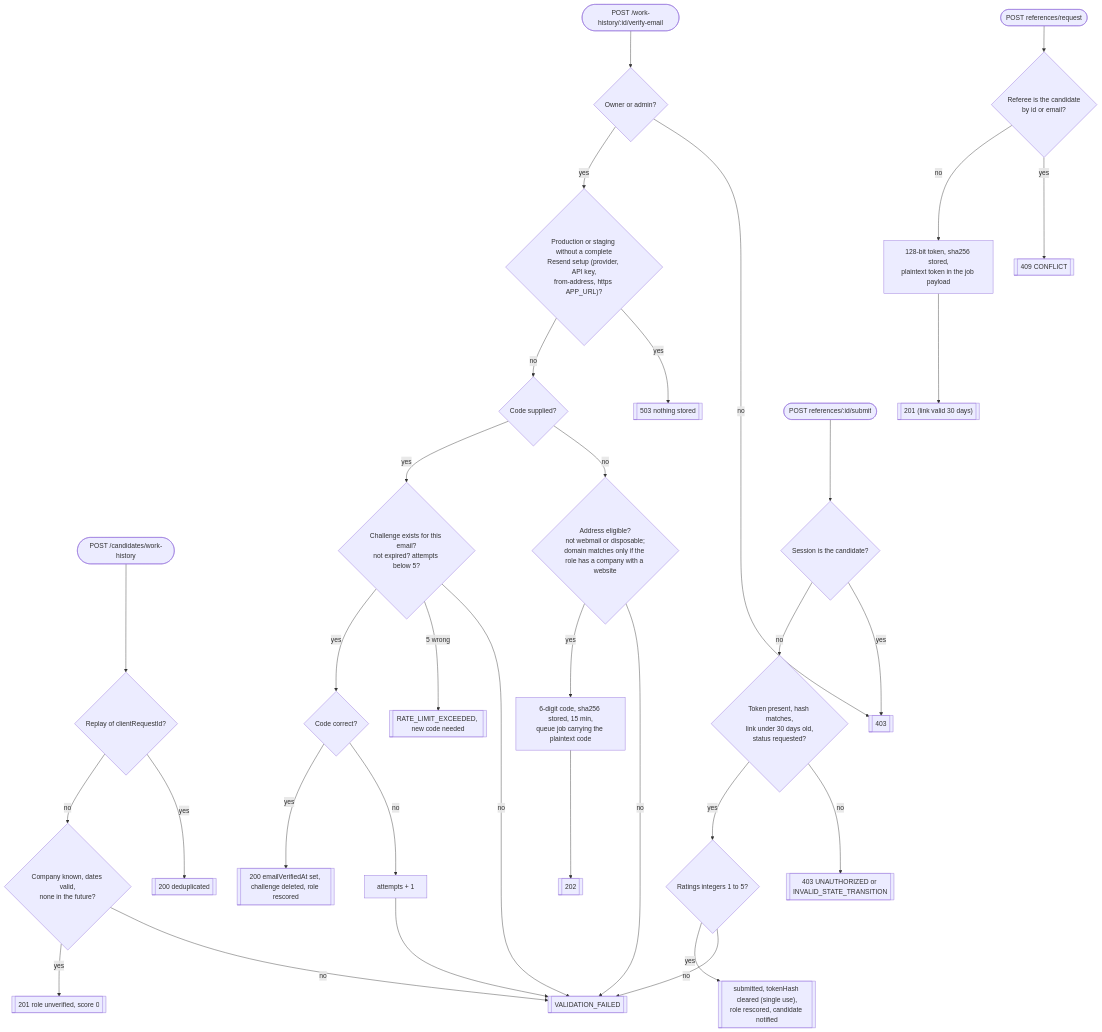
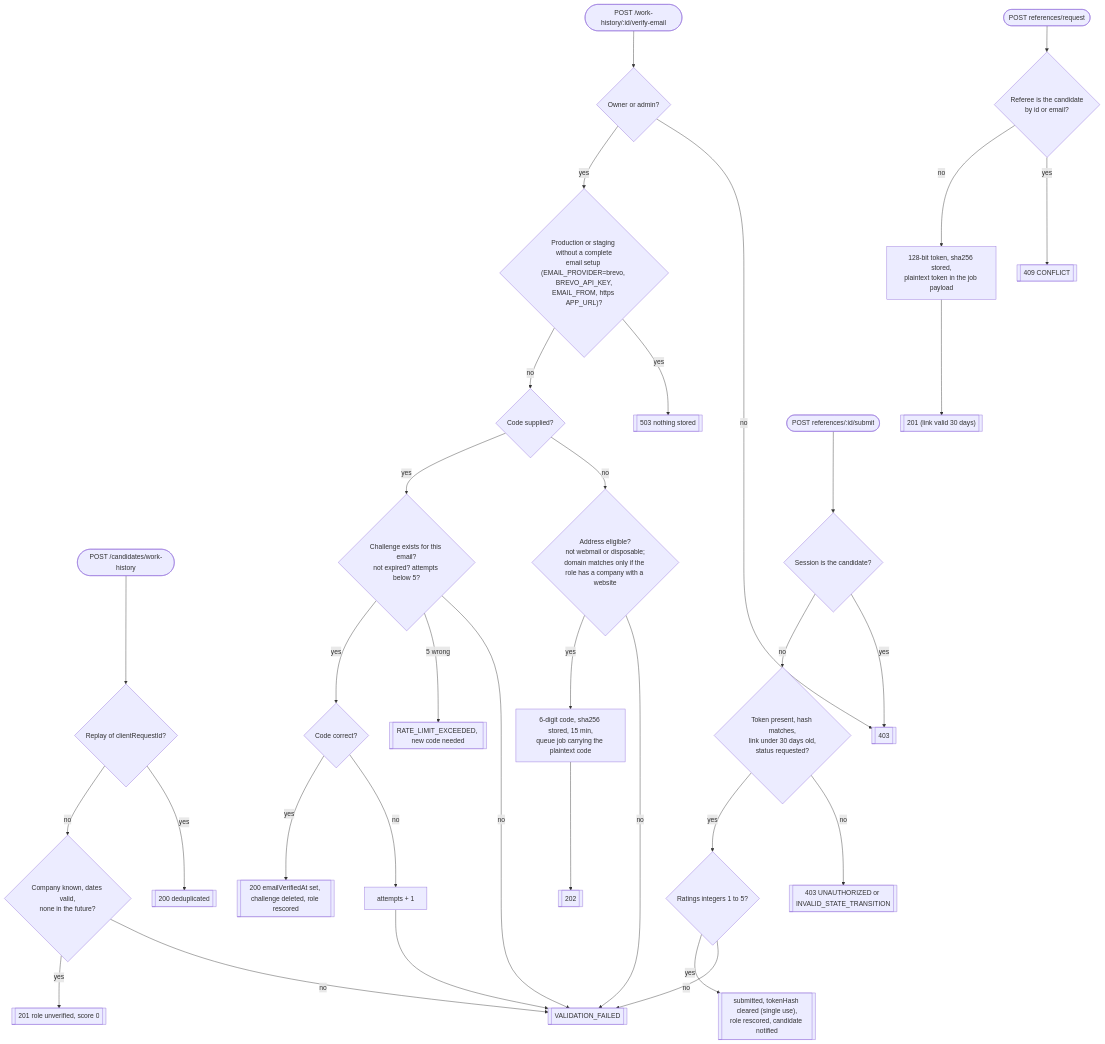
Before and after one commit to yhsomani/talentsphere-complete: the fourth of 7 diagrams in docs/system-model/02-flows.md, drawn with Mermaid. The commit also changed other lines of this file and 44 other files, not shown here.

First line of the commit message:
docs: dedup scan, doc-to-code sync and mind map refresh

````diff
--- a/docs/system-model/02-flows.md
+++ b/docs/system-model/02-flows.md
@@ -112,37 +112,37 @@
 ```mermaid
 flowchart TD
   W0([POST /candidates/work-history]) --> W1{"Replay of clientRequestId?"}
   W1 -- yes --> W1a[["200 deduplicated"]]
   W1 -- no --> W2{"Company known, dates valid,<br/>none in the future?"}
   W2 -- no --> E422[["VALIDATION_FAILED"]]
   W2 -- yes --> W3[["201 role unverified, score 0"]]
 
   V0([POST /work-history/:id/verify-email]) --> V1{"Owner or admin?"}
   V1 -- no --> E403[["403"]]
-  V1 -- yes --> V2{"Production or staging without a complete<br/>Resend setup (provider, API key,<br/>from-address, https APP_URL)?"}
+  V1 -- yes --> V2{"Production or staging without a complete<br/>email setup (EMAIL_PROVIDER=brevo, BREVO_API_KEY,<br/>EMAIL_FROM, https APP_URL)?"}
   V2 -- yes --> E503[["503 nothing stored"]]
   V2 -- no --> V3{"Code supplied?"}
   V3 -- no --> V4{"Address eligible?<br/>not webmail or disposable;<br/>domain matches only if the role has a company with a website"}
   V4 -- no --> E422
   V4 -- yes --> V5["6-digit code, sha256 stored, 15 min,<br/>queue job carrying the plaintext code"]
   V5 --> V6[["202"]]
   V3 -- yes --> V7{"Challenge exists for this email?<br/>not expired? attempts below 5?"}
   V7 -- no --> E422
   V7 -- "5 wrong" --> E429[["RATE_LIMIT_EXCEEDED, new code needed"]]
   V7 -- yes --> V8{"Code correct?"}
   V8 -- no --> V9["attempts + 1"] --> E422
   V8 -- yes --> V10[["200 emailVerifiedAt set, challenge deleted, role rescored"]]
 
   F0([POST references/request]) --> F1{"Referee is the candidate<br/>by id or email?"}
   F1 -- yes --> E409[["409 CONFLICT"]]
   F1 -- no --> F2["128-bit token, sha256 stored,<br/>plaintext token in the job payload"]
   F2 --> F3[["201 (link valid 30 days)"]]
 
   G0([POST references/:id/submit]) --> G1{"Session is the candidate?"}
   G1 -- yes --> E403
   G1 -- no --> G2{"Token present, hash matches,<br/>link under 30 days old,<br/>status requested?"}
   G2 -- no --> E401[["403 UNAUTHORIZED or INVALID_STATE_TRANSITION"]]
   G2 -- yes --> G3{"Ratings integers 1 to 5?"}
   G3 -- no --> E422
   G3 -- yes --> G4[["submitted, tokenHash cleared (single use),<br/>role rescored, candidate notified"]]
 ```
````
